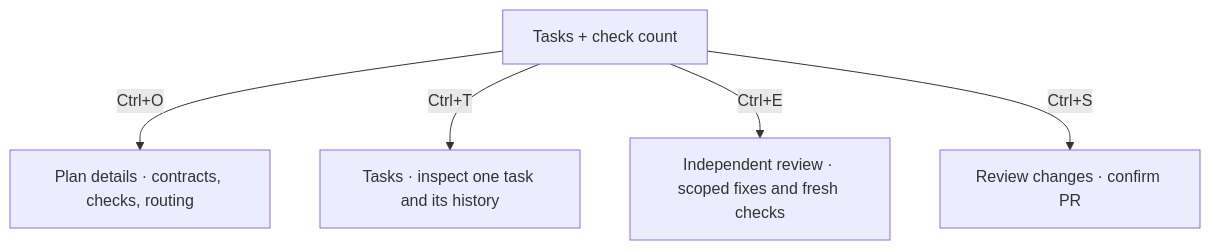
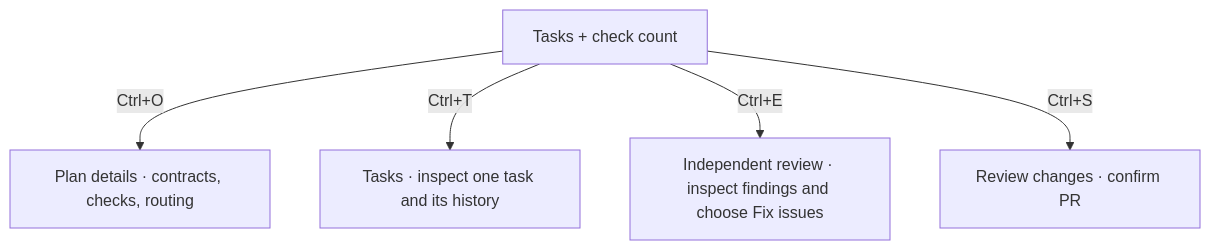
The diagram in docs/terminal.md (minimumeffort-dev/sprowt.harness), drawn with Mermaid before and after one commit. The commit also changed other lines of this file and 12 other files, not shown here.

Commit message:
Add review findings view and explicit repair actions

````diff
--- a/docs/terminal.md
+++ b/docs/terminal.md
@@ -112,7 +113,7 @@
 ```mermaid
 flowchart TB
     result["Tasks + check count"] -->|"Ctrl+O"| details["Plan details · contracts, checks, routing"]
     result -->|"Ctrl+T"| tasks["Tasks · inspect one task and its history"]
-    result -->|"Ctrl+E"| review["Independent review · scoped fixes and fresh checks"]
+    result -->|"Ctrl+E"| review["Independent review · inspect findings and choose Fix issues"]
     result -->|"Ctrl+S"| publish["Review changes · confirm PR"]
 ```
````
